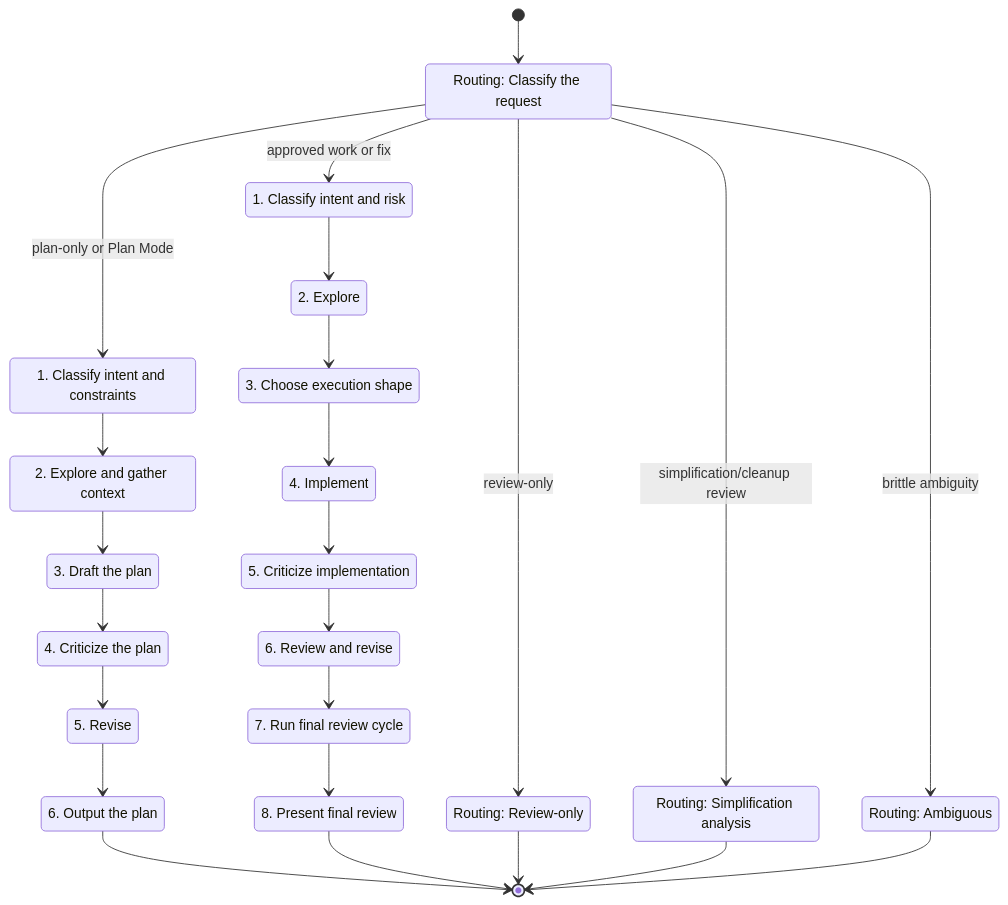
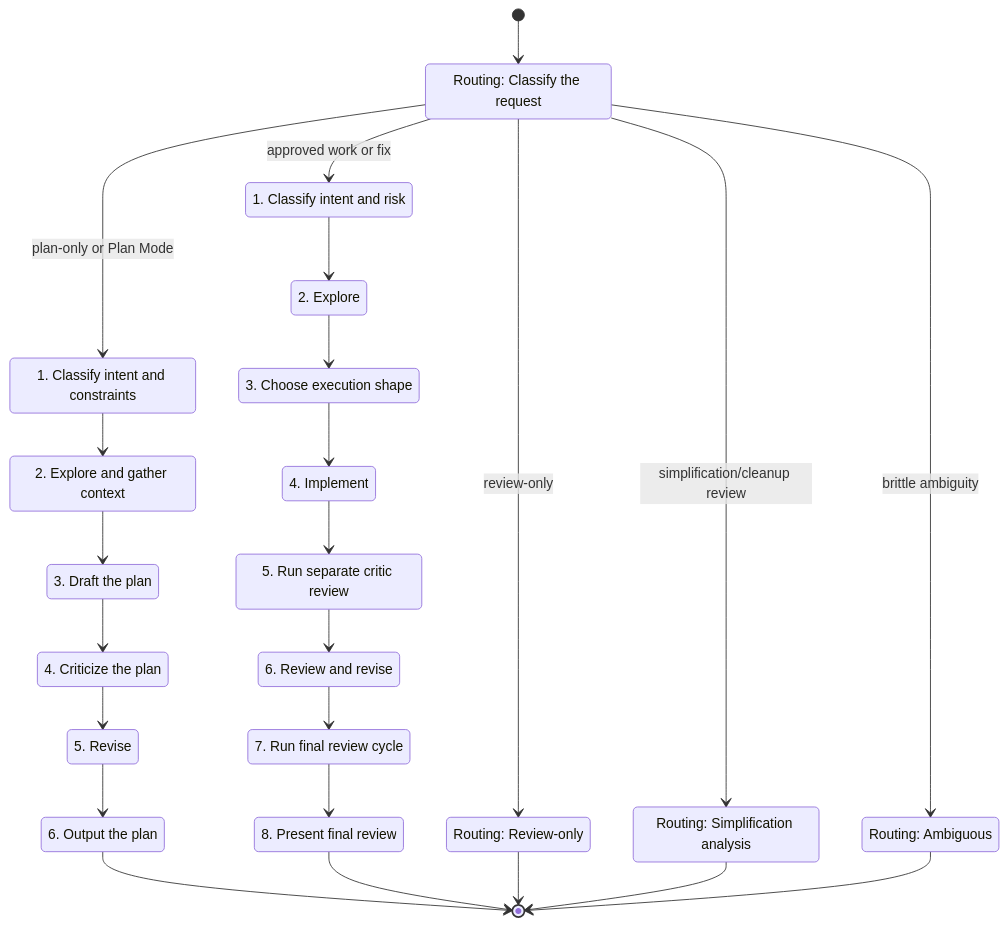
The diagram in plugins/workflow/skills/coordinator/SKILL.md (filipgutica/filip-stack), drawn with Mermaid before and after one commit. The commit also changed other lines of this file and 7 other files, not shown here.

Commit message:
feat: add separate critic review workflow

````diff
--- a/plugins/workflow/skills/coordinator/SKILL.md
+++ b/plugins/workflow/skills/coordinator/SKILL.md
@@ -47,50 +47,50 @@
 ```mermaid
 stateDiagram-v2
     state "Routing: Classify the request" as RoutingClassify
     state "Routing: Review-only" as RoutingReviewOnly
     state "Routing: Simplification analysis" as RoutingSimplification
     state "Routing: Ambiguous" as RoutingAmbiguous
 
     state "1. Classify intent and constraints" as PlanStep1
     state "2. Explore and gather context" as PlanStep2
     state "3. Draft the plan" as PlanStep3
     state "4. Criticize the plan" as PlanStep4
     state "5. Revise" as PlanStep5
     state "6. Output the plan" as PlanStep6
 
     state "1. Classify intent and risk" as ImplementStep1
     state "2. Explore" as ImplementStep2
     state "3. Choose execution shape" as ImplementStep3
     state "4. Implement" as ImplementStep4
-    state "5. Criticize implementation" as ImplementStep5
+    state "5. Run separate critic review" as ImplementStep5
     state "6. Review and revise" as ImplementStep6
     state "7. Run final review cycle" as ImplementStep7
     state "8. Present final review" as ImplementStep8
 
     [*] --> RoutingClassify
     RoutingClassify --> PlanStep1: plan-only or Plan Mode
     RoutingClassify --> ImplementStep1: approved work or fix
     RoutingClassify --> RoutingReviewOnly: review-only
     RoutingClassify --> RoutingSimplification: simplification/cleanup review
     RoutingClassify --> RoutingAmbiguous: brittle ambiguity
 
     PlanStep1 --> PlanStep2
     PlanStep2 --> PlanStep3
     PlanStep3 --> PlanStep4
     PlanStep4 --> PlanStep5
     PlanStep5 --> PlanStep6
     PlanStep6 --> [*]
 
     ImplementStep1 --> ImplementStep2
     ImplementStep2 --> ImplementStep3
     ImplementStep3 --> ImplementStep4
     ImplementStep4 --> ImplementStep5
     ImplementStep5 --> ImplementStep6
     ImplementStep6 --> ImplementStep7
     ImplementStep7 --> ImplementStep8
     ImplementStep8 --> [*]
 
     RoutingReviewOnly --> [*]
     RoutingSimplification --> [*]
     RoutingAmbiguous --> [*]
 ```
````
